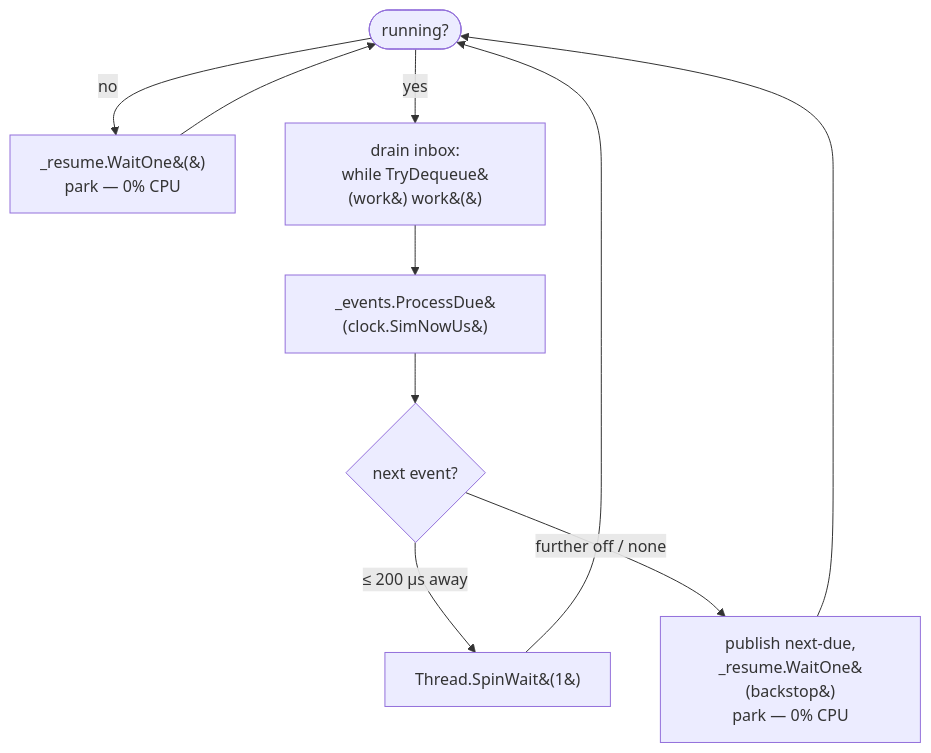
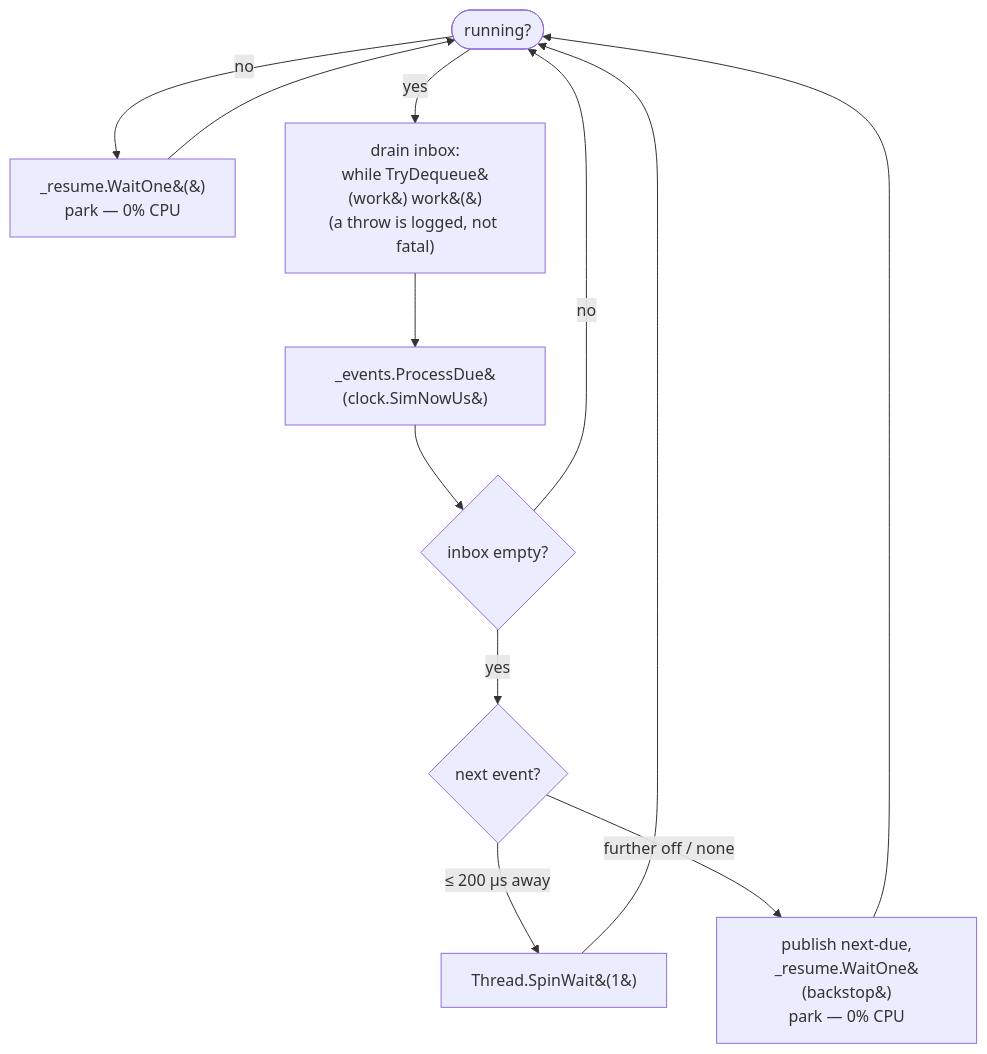
One commit to SimulaSharp-org/simulasharp-docs changed the second of 6 diagrams in public/content/simsites-and-actors.md. Above: the diagram before and after it, drawn with Mermaid. The commit also changed other lines of this file and 2 other files, not shown here.

````diff
--- a/public/content/simsites-and-actors.md
+++ b/public/content/simsites-and-actors.md
@@ -48,10 +50,12 @@
 ```mermaid
 flowchart TB
   START([running?]) -->|no| PARK["_resume.WaitOne&#40;&#41;<br/>park — 0% CPU"]
   PARK --> START
-  START -->|yes| DRAIN["drain inbox:<br/>while TryDequeue&#40;work&#41; work&#40;&#41;"]
+  START -->|yes| DRAIN["drain inbox:<br/>while TryDequeue&#40;work&#41; work&#40;&#41;<br/>(a throw is logged, not fatal)"]
   DRAIN --> PROC["_events.ProcessDue&#40;clock.SimNowUs&#41;"]
-  PROC --> NEXT{"next event?"}
+  PROC --> MORE{"inbox empty?"}
+  MORE -->|no| START
+  MORE -->|yes| NEXT{"next event?"}
   NEXT -->|"≤ 200 µs away"| SPIN["Thread.SpinWait&#40;1&#41;"] --> START
   NEXT -->|"further off / none"| IDLE["publish next-due,<br/>_resume.WaitOne&#40;backstop&#41;<br/>park — 0% CPU"] --> START
 ```
````
